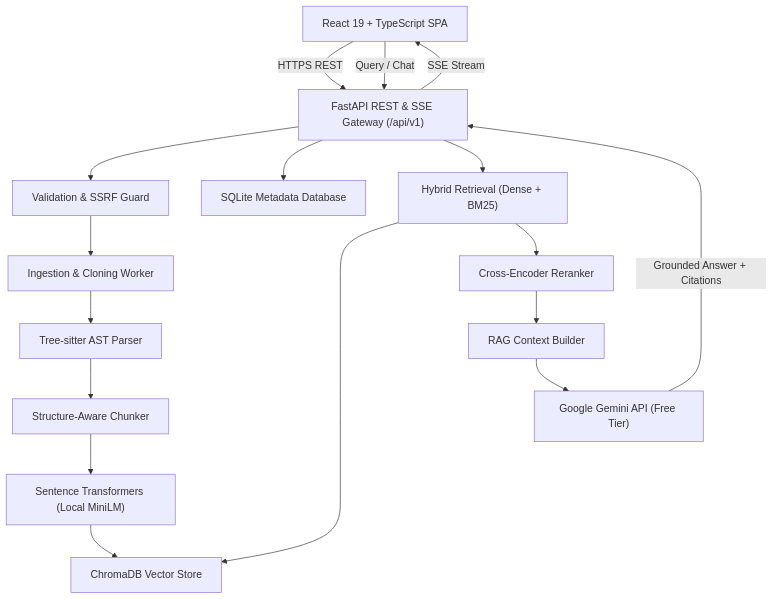
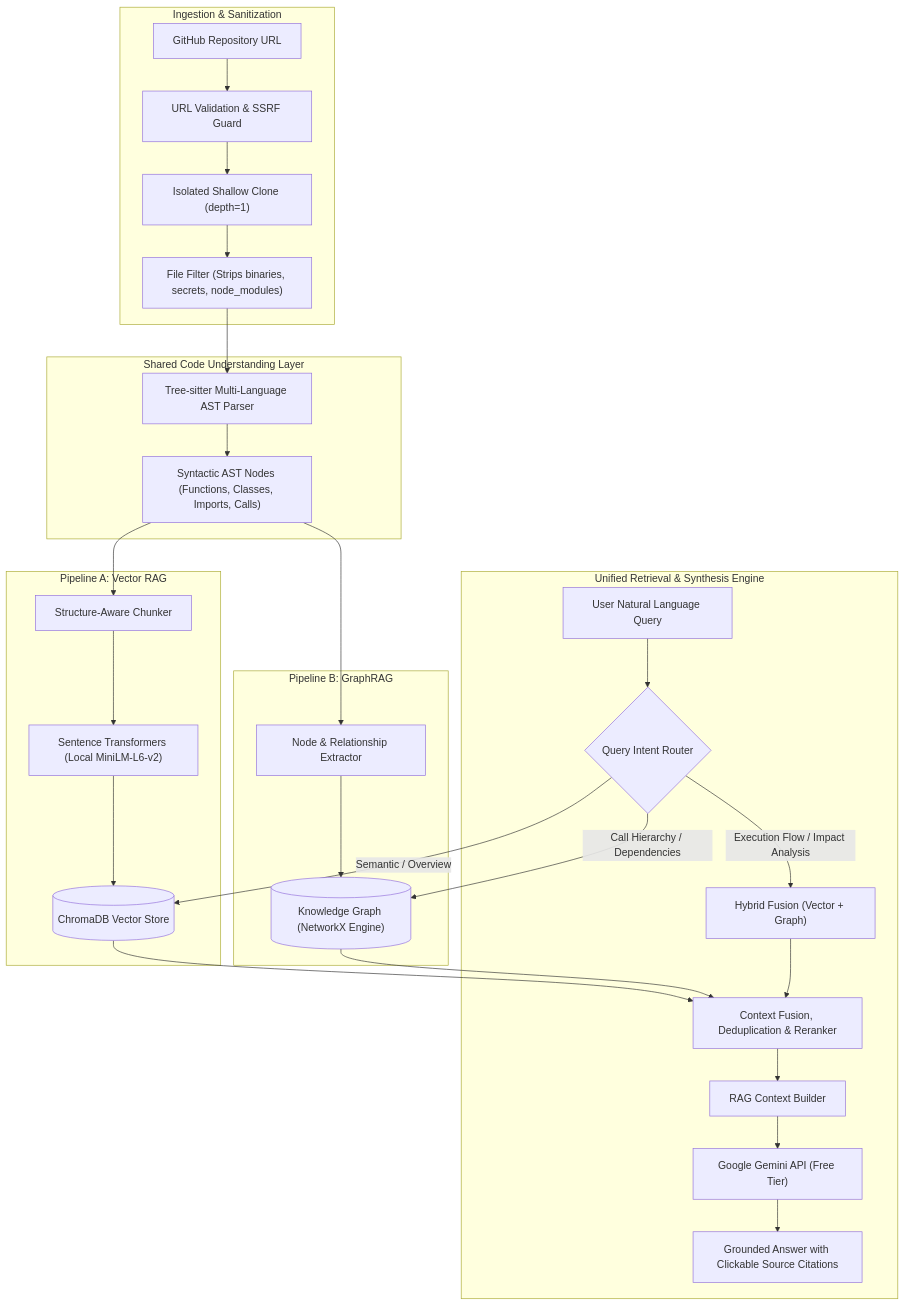
Before and after one commit to Sudeepa110/RepoMind: the diagram in docs/ARCHITECTURE.md, drawn with Mermaid. The commit also changed other lines of this file and 29 other files, not shown here.

Commit message:
docs & arch: update architecture to Hybrid Vector RAG + GraphRAG

````diff
--- a/docs/ARCHITECTURE.md
+++ b/docs/ARCHITECTURE.md
@@ -7,34 +7,39 @@
 ```mermaid
 flowchart TD
-    Client["React 19 + TypeScript SPA"]
-    API["FastAPI REST & SSE Gateway (/api/v1)"]
-    Validators["Validation & SSRF Guard"]
-    Ingestion["Ingestion & Cloning Worker"]
-    TreeSitter["Tree-sitter AST Parser"]
-    Chunker["Structure-Aware Chunker"]
-    Embedder["Sentence Transformers (Local MiniLM)"]
-    Chroma["ChromaDB Vector Store"]
-    HybridRetriever["Hybrid Retrieval (Dense + BM25)"]
-    Reranker["Cross-Encoder Reranker"]
-    ContextBuilder["RAG Context Builder"]
-    Gemini["Google Gemini API (Free Tier)"]
-    SQLite["SQLite Metadata Database"]
+    subgraph Ingestion["Ingestion & Sanitization"]
+        URL["GitHub Repository URL"] --> Validate["URL Validation & SSRF Guard"]
+        Validate --> Clone["Isolated Shallow Clone (depth=1)"]
+        Clone --> Filter["File Filter (Strips binaries, secrets, node_modules)"]
+    end
 
-    Client -->|HTTPS REST| API
-    API --> Validators
-    API --> SQLite
-    Validators --> Ingestion
-    Ingestion --> TreeSitter
-    TreeSitter --> Chunker
-    Chunker --> Embedder
-    Embedder --> Chroma
-    
-    Client -->|Query / Chat| API
-    API --> HybridRetriever
-    HybridRetriever --> Chroma
-    HybridRetriever --> Reranker
-    Reranker --> ContextBuilder
-    ContextBuilder --> Gemini
-    Gemini -->|Grounded Answer + Citations| API
-    API -->|SSE Stream| Client
+    subgraph Parsing["Shared Code Understanding Layer"]
+        Filter --> TreeSitter["Tree-sitter Multi-Language AST Parser"]
+        TreeSitter --> AST["Syntactic AST Nodes (Functions, Classes, Imports, Calls)"]
+    end
+
+    subgraph PipelineA["Pipeline A: Vector RAG"]
+        AST --> Chunker["Structure-Aware Chunker"]
+        Chunker --> Embedder["Sentence Transformers (Local MiniLM-L6-v2)"]
+        Embedder --> ChromaDB[("ChromaDB Vector Store")]
+    end
+
+    subgraph PipelineB["Pipeline B: GraphRAG"]
+        AST --> GraphBuilder["Node & Relationship Extractor"]
+        GraphBuilder --> NetworkX[("Knowledge Graph (NetworkX Engine)")]
+    end
+
+    subgraph Hybrid["Unified Retrieval & Synthesis Engine"]
+        UserQuery["User Natural Language Query"] --> QueryRouter{"Query Intent Router"}
+        QueryRouter -->|Semantic / Overview| ChromaDB
+        QueryRouter -->|Call Hierarchy / Dependencies| NetworkX
+        QueryRouter -->|Execution Flow / Impact Analysis| Both["Hybrid Fusion (Vector + Graph)"]
+        
+        ChromaDB --> Reranker["Context Fusion, Deduplication & Reranker"]
+        NetworkX --> Reranker
+        Both --> Reranker
+        
+        Reranker --> ContextBuilder["RAG Context Builder"]
+        ContextBuilder --> Gemini["Google Gemini API (Free Tier)"]
+        Gemini --> Response["Grounded Answer with Clickable Source Citations"]
+    end
 ```
````
